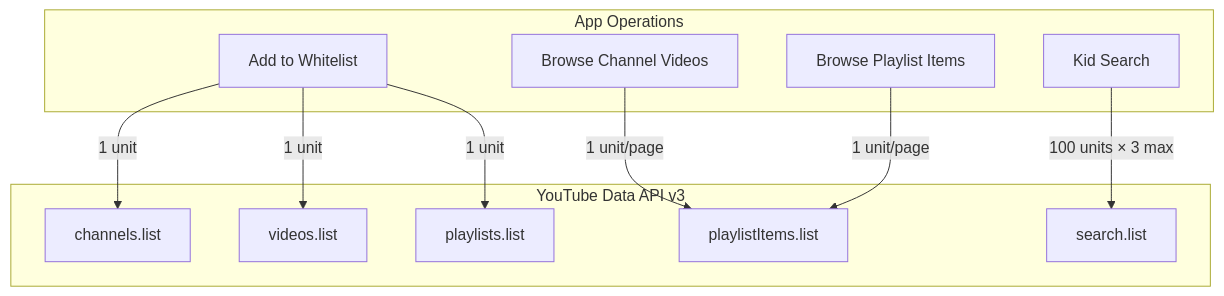
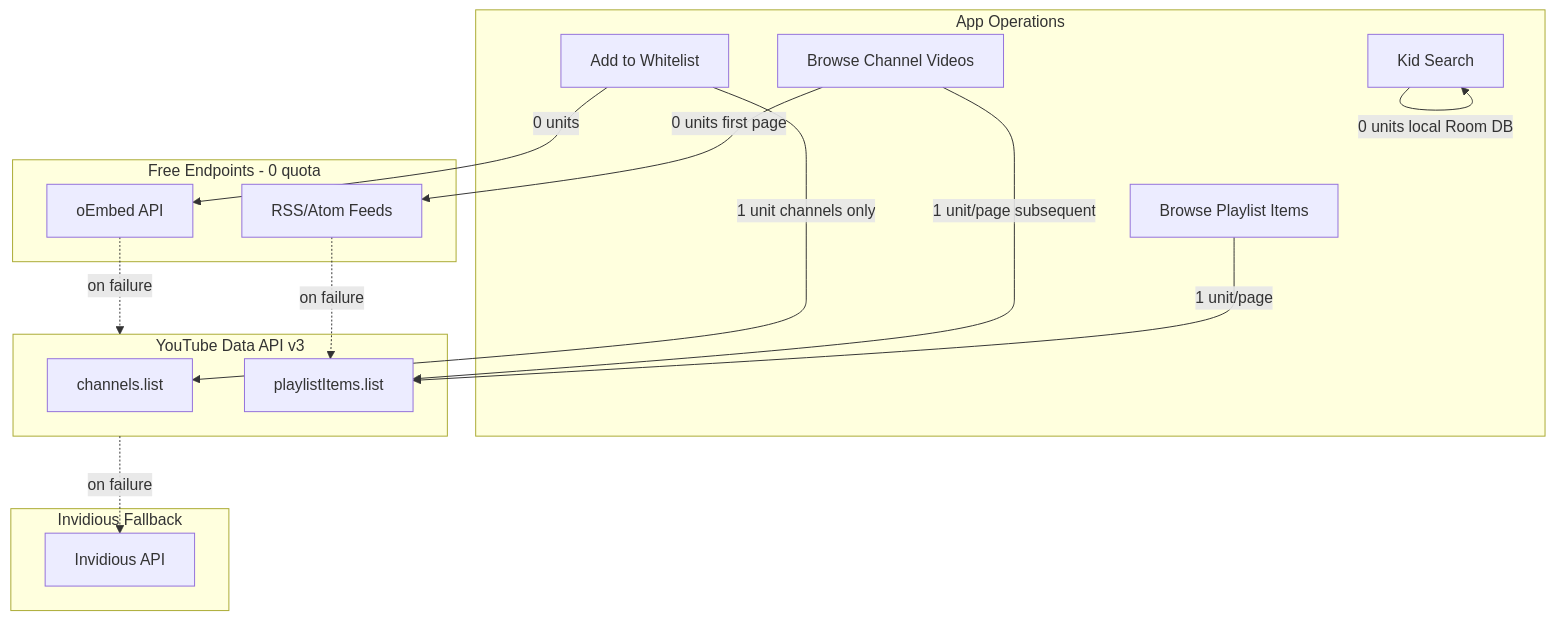
One commit to degipe/YouTubeWhitelist changed the seventh of 8 diagrams in docs/HLD.md. Above: the diagram before and after it, drawn with Mermaid. The commit also changed other lines of this file and 14 other files, not shown here.

````diff
--- a/docs/HLD.md
+++ b/docs/HLD.md
@@ -353,24 +358,34 @@
 ```mermaid
 flowchart TD
     subgraph App["App Operations"]
         ADD[Add to Whitelist]
         BROWSE_CH[Browse Channel Videos]
         BROWSE_PL[Browse Playlist Items]
         SEARCH[Kid Search]
     end
 
+    subgraph Free["Free Endpoints - 0 quota"]
+        OEMBED[oEmbed API]
+        RSS[RSS/Atom Feeds]
+    end
+
     subgraph API["YouTube Data API v3"]
         CH[channels.list]
-        VID[videos.list]
-        PL[playlists.list]
         PLI[playlistItems.list]
-        SR[search.list]
     end
 
-    ADD -->|"1 unit"| CH
-    ADD -->|"1 unit"| VID
-    ADD -->|"1 unit"| PL
-    BROWSE_CH -->|"1 unit/page"| PLI
+    subgraph Fallback["Invidious Fallback"]
+        INV[Invidious API]
+    end
+
+    ADD -->|"0 units"| OEMBED
+    ADD -->|"1 unit channels only"| CH
+    BROWSE_CH -->|"0 units first page"| RSS
+    BROWSE_CH -->|"1 unit/page subsequent"| PLI
     BROWSE_PL -->|"1 unit/page"| PLI
-    SEARCH -->|"100 units × 3 max"| SR
+    SEARCH -->|"0 units local Room DB"| SEARCH
+
+    OEMBED -.->|"on failure"| API
+    RSS -.->|"on failure"| PLI
+    API -.->|"on failure"| INV
 ```
````
